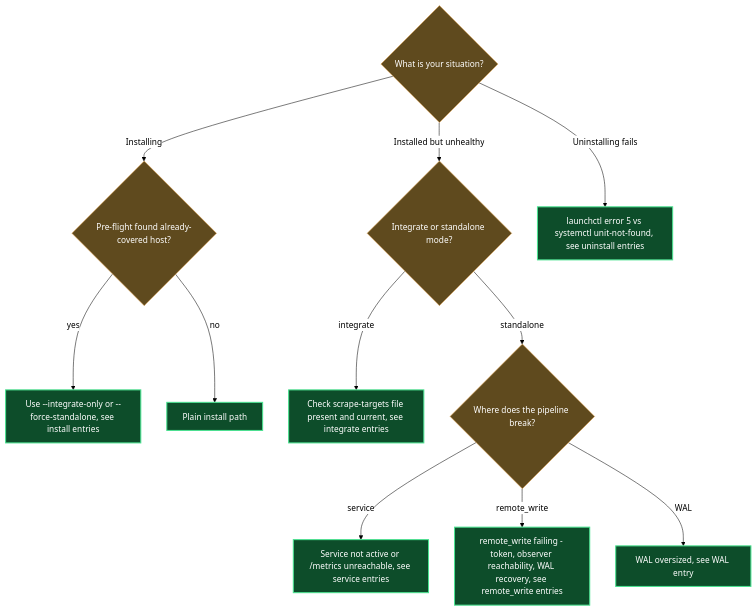
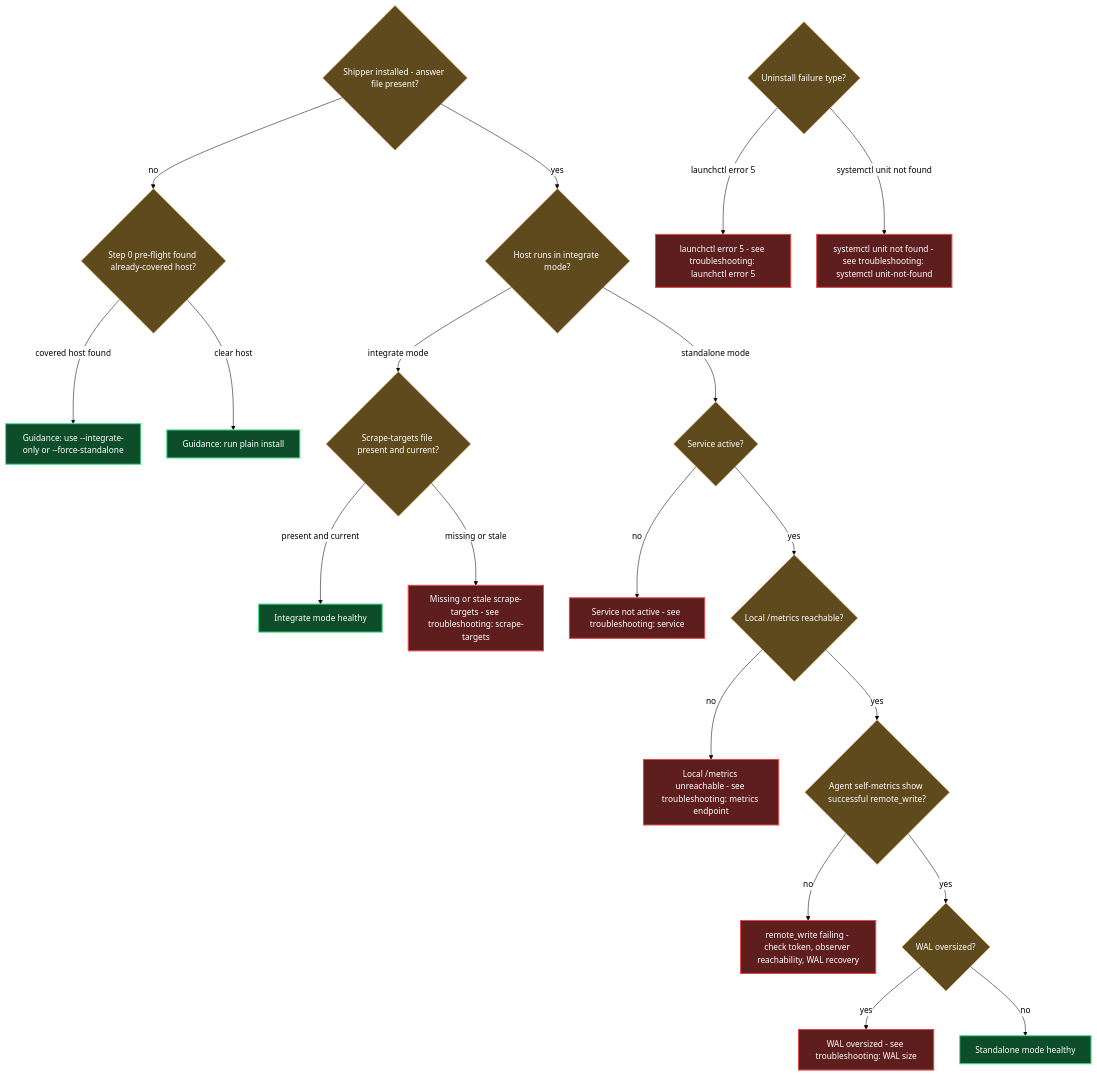
Before and after one commit to mebius-san/lazy-cortex: the diagram in claude/lazycortex-observe/help/troubleshooting.md, drawn with Mermaid. The commit also changed other lines of this file and 28 other files, not shown here.

````diff
--- a/claude/lazycortex-observe/help/troubleshooting.md
+++ b/claude/lazycortex-observe/help/troubleshooting.md
@@ -179,42 +178,68 @@
 ```mermaid
 %%{init: {'themeVariables':{'lineColor':'#000','textColor':'#000','edgeLabelBackground':'#fff'},'themeCSS':'.edgeLabel{background-color:transparent!important}.edgeLabel p{background-color:transparent!important}','flowchart':{'diagramPadding':5,'useMaxWidth':true}}}%%
 flowchart TD
-  whatIsSituation{What is your situation?}
-  preflightCovered{Pre-flight found already-covered host?}
-  integrateOrStandalone{Integrate or standalone mode?}
-  wherePipelineBreak{Where does the pipeline break?}
+  shipperInstalled{Shipper installed - answer file present?}
+  preflightCoveredHost{Step 0 pre-flight found already-covered host?}
+  coveredHostGuidance[Guidance: use --integrate-only or --force-standalone]
+  plainInstall[Guidance: run plain install]
+  hostMode{Host runs in integrate mode?}
+  scrapeTargetsCurrent{Scrape-targets file present and current?}
+  integrateModeHealthy[Integrate mode healthy]
+  integrateModeStaleOrMissing[Missing or stale scrape-targets - see troubleshooting: scrape-targets]
+  serviceActive{Service active?}
+  serviceInactive[Service not active - see troubleshooting: service]
+  metricsReachable{Local /metrics reachable?}
+  metricsUnreachable[Local /metrics unreachable - see troubleshooting: metrics endpoint]
+  remoteWriteOk{Agent self-metrics show successful remote_write?}
+  remoteWriteFailure[remote_write failing - check token, observer reachability, WAL recovery]
+  walOversized{WAL oversized?}
+  walOversizedLeaf[WAL oversized - see troubleshooting: WAL size]
+  standaloneHealthy[Standalone mode healthy]
+  uninstallFailureType{Uninstall failure type?}
+  launchctlError5[launchctl error 5 - see troubleshooting: launchctl error 5]
+  systemctlUnitNotFound[systemctl unit not found - see troubleshooting: systemctl unit-not-found]
 
-  useIntegrateOrForce[Use --integrate-only or --force-standalone, see install entries]
-  plainInstallPath[Plain install path]
-  checkScrapeTargets[Check scrape-targets file present and current, see integrate entries]
-  serviceNotActive[Service not active or /metrics unreachable, see service entries]
-  remoteWriteFailing[remote_write failing - token, observer reachability, WAL recovery, see remote_write entries]
-  walOversized[WAL oversized, see WAL entry]
-  uninstallError[launchctl error 5 vs systemctl unit-not-found, see uninstall entries]
-
-  whatIsSituation -->|Installing| preflightCovered
-  whatIsSituation -->|Installed but unhealthy| integrateOrStandalone
-  whatIsSituation -->|Uninstalling fails| uninstallError
-  preflightCovered -->|yes| useIntegrateOrForce
-  preflightCovered -->|no| plainInstallPath
-  integrateOrStandalone -->|integrate| checkScrapeTargets
-  integrateOrStandalone -->|standalone| wherePipelineBreak
-  wherePipelineBreak -->|service| serviceNotActive
-  wherePipelineBreak -->|remote_write| remoteWriteFailing
-  wherePipelineBreak -->|WAL| walOversized
+  shipperInstalled -->|no| preflightCoveredHost
+  shipperInstalled -->|yes| hostMode
+  preflightCoveredHost -->|covered host found| coveredHostGuidance
+  preflightCoveredHost -->|clear host| plainInstall
+  hostMode -->|integrate mode| scrapeTargetsCurrent
+  hostMode -->|standalone mode| serviceActive
+  scrapeTargetsCurrent -->|present and current| integrateModeHealthy
+  scrapeTargetsCurrent -->|missing or stale| integrateModeStaleOrMissing
+  serviceActive -->|no| serviceInactive
+  serviceActive -->|yes| metricsReachable
+  metricsReachable -->|no| metricsUnreachable
+  metricsReachable -->|yes| remoteWriteOk
+  remoteWriteOk -->|no| remoteWriteFailure
+  remoteWriteOk -->|yes| walOversized
+  walOversized -->|yes| walOversizedLeaf
+  walOversized -->|no| standaloneHealthy
+  uninstallFailureType -->|launchctl error 5| launchctlError5
+  uninstallFailureType -->|systemctl unit not found| systemctlUnitNotFound
 
   classDef guard fill:#5f4a1e,stroke:#e2a14a,color:#fff
   classDef success fill:#0d4d2a,stroke:#4ae290,color:#fff,stroke-width:2px
+  classDef error fill:#5f1e1e,stroke:#e24a4a,color:#fff,stroke-width:2px
 
-  class whatIsSituation guard
-  class preflightCovered guard
-  class integrateOrStandalone guard
-  class wherePipelineBreak guard
-  class useIntegrateOrForce success
-  class plainInstallPath success
-  class checkScrapeTargets success
-  class serviceNotActive success
-  class remoteWriteFailing success
-  class walOversized success
-  class uninstallError success
+  class shipperInstalled guard
+  class preflightCoveredHost guard
+  class hostMode guard
+  class scrapeTargetsCurrent guard
+  class serviceActive guard
+  class metricsReachable guard
+  class remoteWriteOk guard
+  class walOversized guard
+  class uninstallFailureType guard
+  class coveredHostGuidance success
+  class plainInstall success
+  class integrateModeHealthy success
+  class standaloneHealthy success
+  class integrateModeStaleOrMissing error
+  class serviceInactive error
+  class metricsUnreachable error
+  class remoteWriteFailure error
+  class walOversizedLeaf error
+  class launchctlError5 error
+  class systemctlUnitNotFound error
 ```
````
